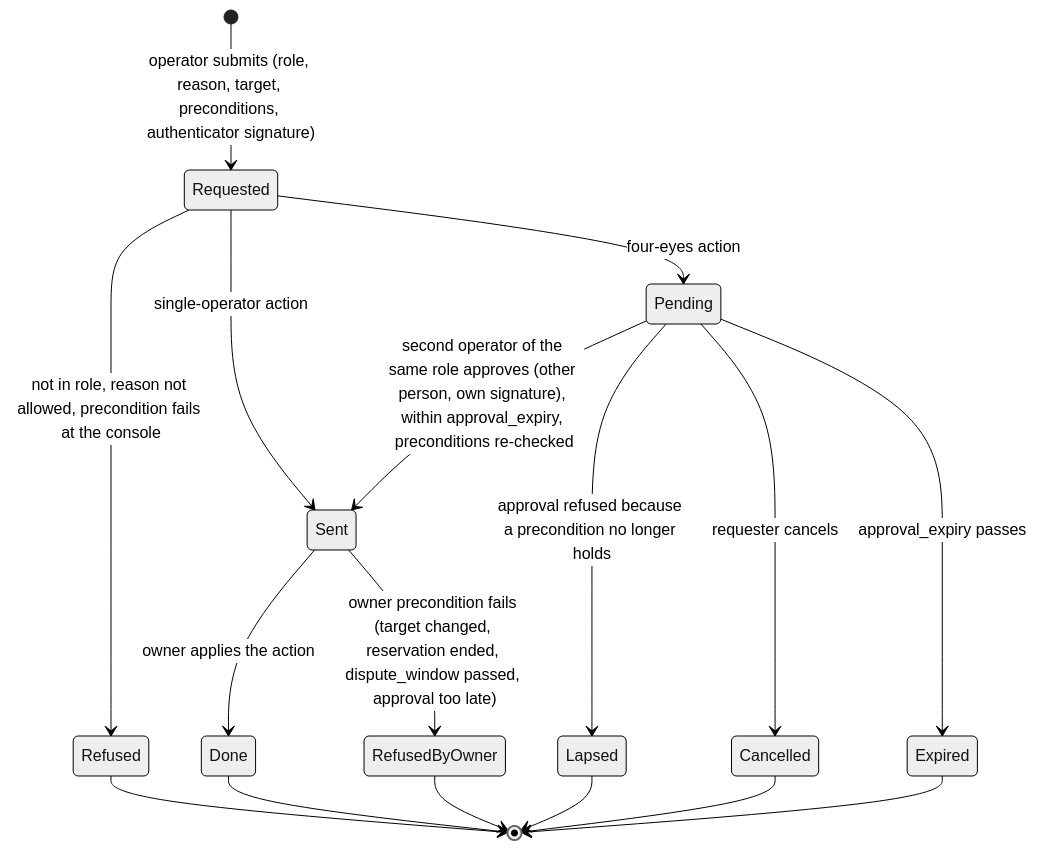
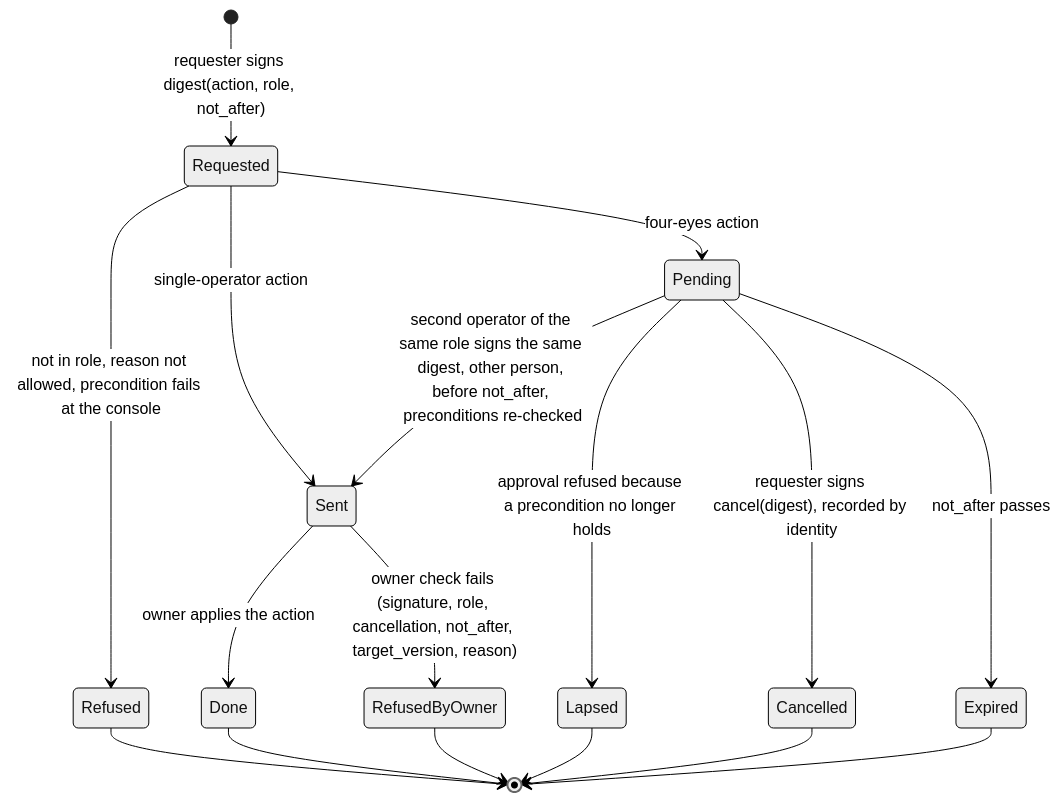
One commit to tgenov/bandwidth-reservations changed the second of 2 diagrams in docs/03-rfcs/RFC-005-security-and-tenancy.md. Above: the diagram before and after it, drawn with Mermaid (neutral theme). The commit also changed other lines of this file and 5 other files, not shown here.

````diff
--- a/docs/03-rfcs/RFC-005-security-and-tenancy.md
+++ b/docs/03-rfcs/RFC-005-security-and-tenancy.md
@@ -716,19 +964,19 @@
 ```mermaid
 stateDiagram-v2
-  [*] --> Requested: operator submits (role, reason, target, preconditions, authenticator signature)
+  [*] --> Requested: requester signs digest(action, role, not_after)
   Requested --> Refused: not in role, reason not allowed, precondition fails at the console
   Requested --> Pending: four-eyes action
   Requested --> Sent: single-operator action
-  Pending --> Sent: second operator of the same role approves (other person, own signature), within approval_expiry, preconditions re-checked
+  Pending --> Sent: second operator of the same role signs the same digest, other person, before not_after, preconditions re-checked
   Pending --> Lapsed: approval refused because a precondition no longer holds
-  Pending --> Cancelled: requester cancels
-  Pending --> Expired: approval_expiry passes
+  Pending --> Cancelled: requester signs cancel(digest), recorded by identity
+  Pending --> Expired: not_after passes
   Sent --> Done: owner applies the action
-  Sent --> RefusedByOwner: owner precondition fails (target changed, reservation ended, dispute_window passed, approval too late)
+  Sent --> RefusedByOwner: owner check fails (signature, role, cancellation, not_after, target_version, reason)
   Refused --> [*]
   Done --> [*]
   RefusedByOwner --> [*]
   Lapsed --> [*]
   Cancelled --> [*]
   Expired --> [*]
 ```
````
